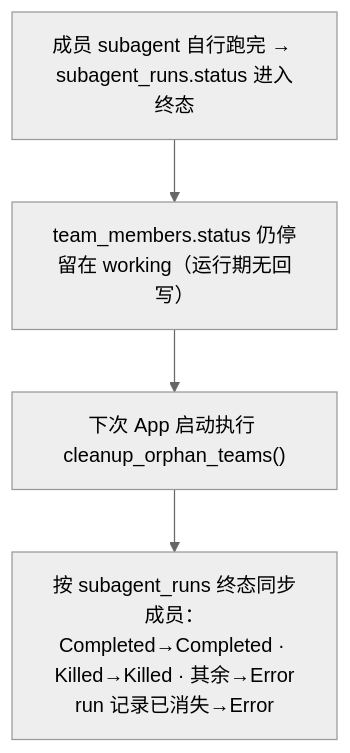
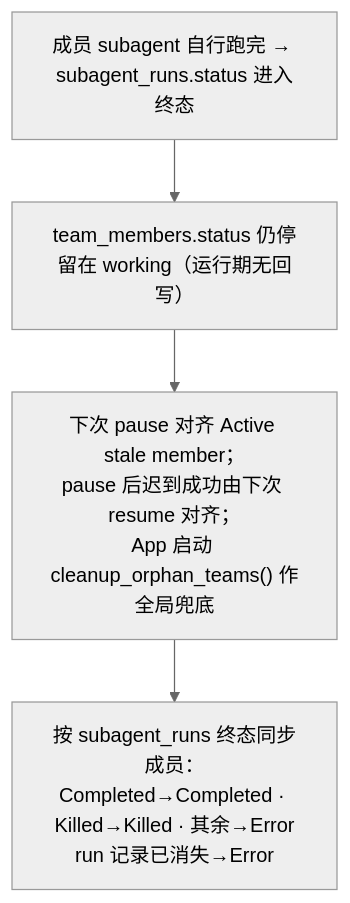
One commit to gabrielmoreira/agent-skills-mirror changed the eighth of 9 diagrams in mirrors/repos/shiwenwen@hope-agent/docs/architecture/agent/agent-team.md. Above: the diagram before and after it, drawn with Mermaid (neutral theme). The commit also changed other lines of this file and 3176 other files, not shown here.

````diff
--- a/mirrors/repos/shiwenwen@hope-agent/docs/architecture/agent/agent-team.md
+++ b/mirrors/repos/shiwenwen@hope-agent/docs/architecture/agent/agent-team.md
@@ -328,8 +344,8 @@
 ```mermaid
 flowchart TD
     S["成员 subagent 自行跑完 → subagent_runs.status 进入终态"]
     N["team_members.status 仍停留在 working（运行期无回写）"]
-    R["下次 App 启动执行 cleanup_orphan_teams()"]
+    R["下次 pause 对齐 Active stale member；<br/>pause 后迟到成功由下次 resume 对齐；<br/>App 启动 cleanup_orphan_teams() 作全局兜底"]
     M["按 subagent_runs 终态同步成员：<br/>Completed→Completed · Killed→Killed · 其余→Error<br/>run 记录已消失→Error"]
     S --> N --> R --> M
 ```
````
